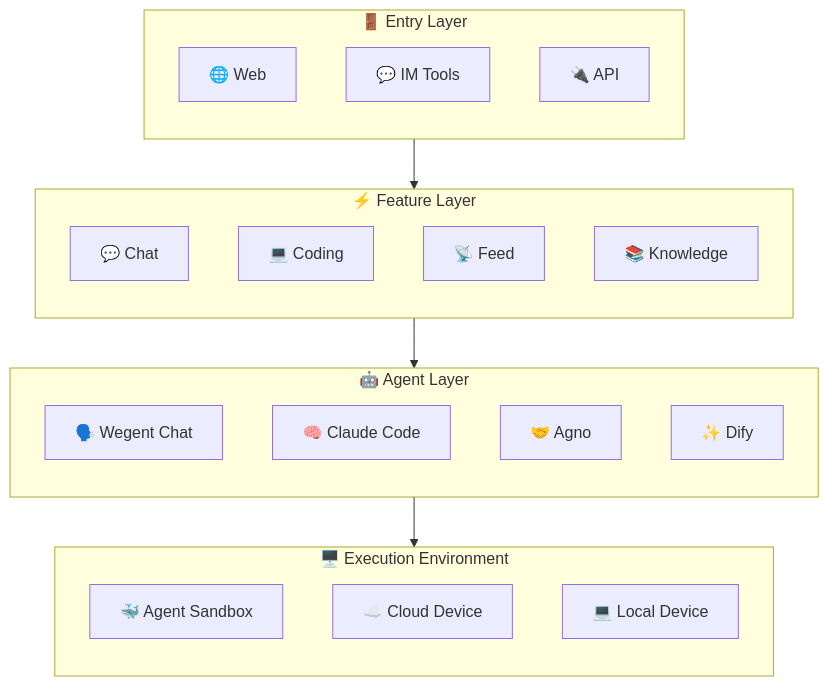
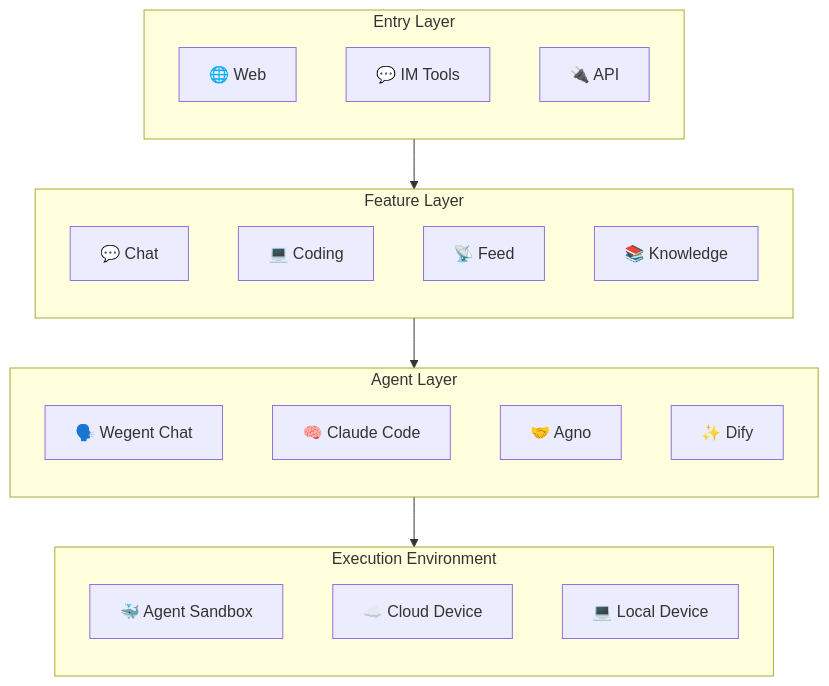
The diagram in README.md (wecode-ai/Wegent), drawn with Mermaid before and after one commit. The commit also changed 1 other file, not shown here.

````diff
--- a/README.md
+++ b/README.md
@@ -28,36 +28,36 @@
 ```mermaid
 graph TB
-    subgraph Access["🚪 Entry Layer"]
+    subgraph Access["Entry Layer"]
         direction TB
         Web["🌐 Web"]
         IM["💬 IM Tools"]
         API["🔌 API"]
     end
 
-    subgraph Features["⚡ Feature Layer"]
+    subgraph Features["Feature Layer"]
         direction TB
         Chat["💬 Chat"]
         Code["💻 Coding"]
         Feed["📡 Feed"]
         Knowledge["📚 Knowledge"]
     end
 
-    subgraph Agents["🤖 Agent Layer"]
+    subgraph Agents["Agent Layer"]
         direction TB
         ChatShell["🗣️ Wegent Chat"]
         ClaudeCode["🧠 Claude Code"]
         Agno["🤝 Agno"]
         Dify["✨ Dify"]
     end
 
-    subgraph Execution["🖥️ Execution Environment"]
+    subgraph Execution["Execution Environment"]
         direction TB
         Docker["🐳 Agent Sandbox"]
         Cloud["☁️ Cloud Device"]
         Local["💻 Local Device"]
     end
 
     Access --> Features
     Features --> Agents
     Agents --> Execution
 ```
````
